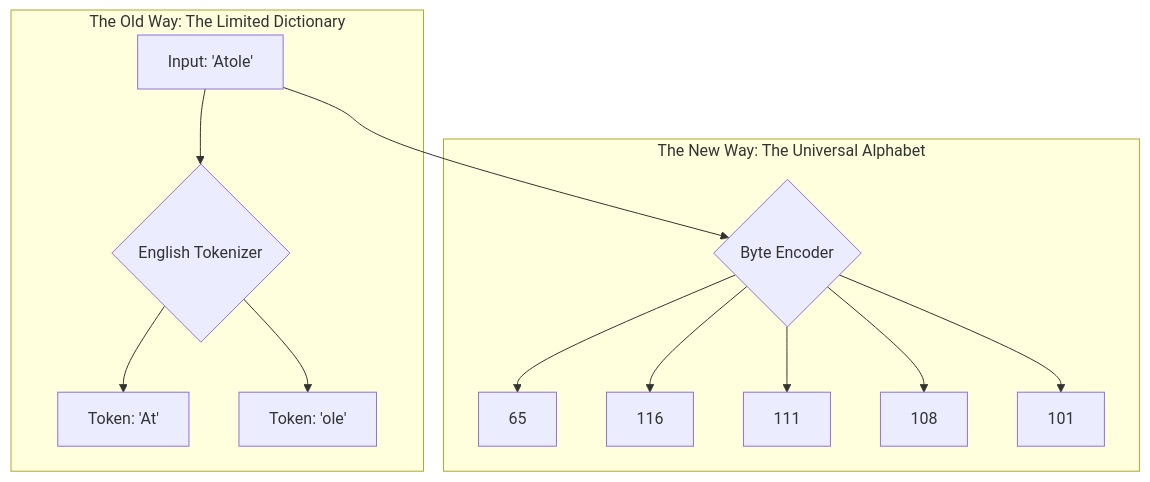
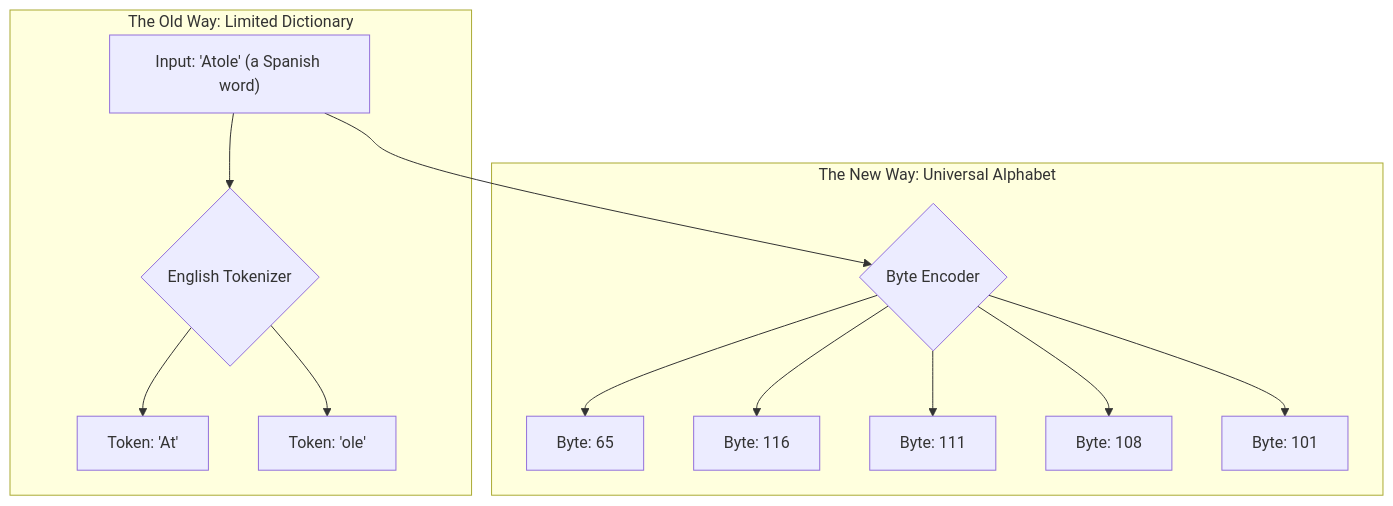
One commit to eltay89/eltay89.github.io changed the first of 2 diagrams in _posts/2025-08-22-analyzing-bytes-for-llms.md. Above: the diagram before and after it, drawn with Mermaid. The commit also changed other lines of this file, not shown here.

````diff
--- a/_posts/2025-08-22-analyzing-bytes-for-llms.md
+++ b/_posts/2025-08-22-analyzing-bytes-for-llms.md
@@ -28,17 +26,17 @@
 ```mermaid
 graph TD
-    subgraph "The Old Way: The Limited Dictionary"
-        A["Input: 'Atole'"] --> B{"English Tokenizer"};
+    subgraph "The Old Way: Limited Dictionary"
+        A["Input: 'Atole' (a Spanish word)"] --> B{English Tokenizer};
         B --> C["Token: 'At'"];
         B --> D["Token: 'ole'"];
     end
 
-    subgraph "The New Way: The Universal Alphabet"
+    subgraph "The New Way: Universal Alphabet"
         A --> F{"Byte Encoder"};
-        F --> G["65"];
-        F --> H["116"];
-        F --> I["111"];
-        F --> J["108"];
-        F --> K["101"];
+        F --> G["Byte: 65"];
+        F --> H["Byte: 116"];
+        F --> I["Byte: 111"];
+        F --> J["Byte: 108"];
+        F --> K["Byte: 101"];
     end
 ```
````
